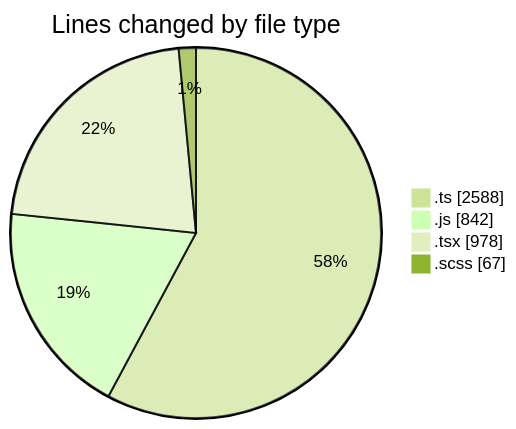
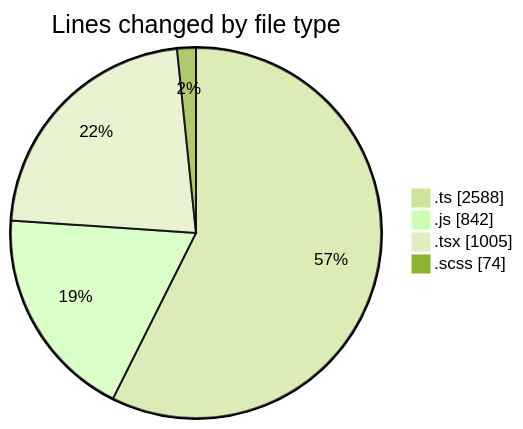
Before and after one commit to momahboobian/code-tracking: the first of 2 diagrams in 2026-08-19/cda/README.md, drawn with Mermaid (forest theme). The commit also changed other lines of this file and 1 other file, not shown here.

````diff
--- a/2026-08-19/cda/README.md
+++ b/2026-08-19/cda/README.md
@@ -40,8 +40,8 @@
 ```mermaid
 pie showData
 title Lines changed by file type
 ".ts" : 2588
 ".js" : 842
-".tsx" : 978
-".scss" : 67
+".tsx" : 1005
+".scss" : 74
 ```
````
